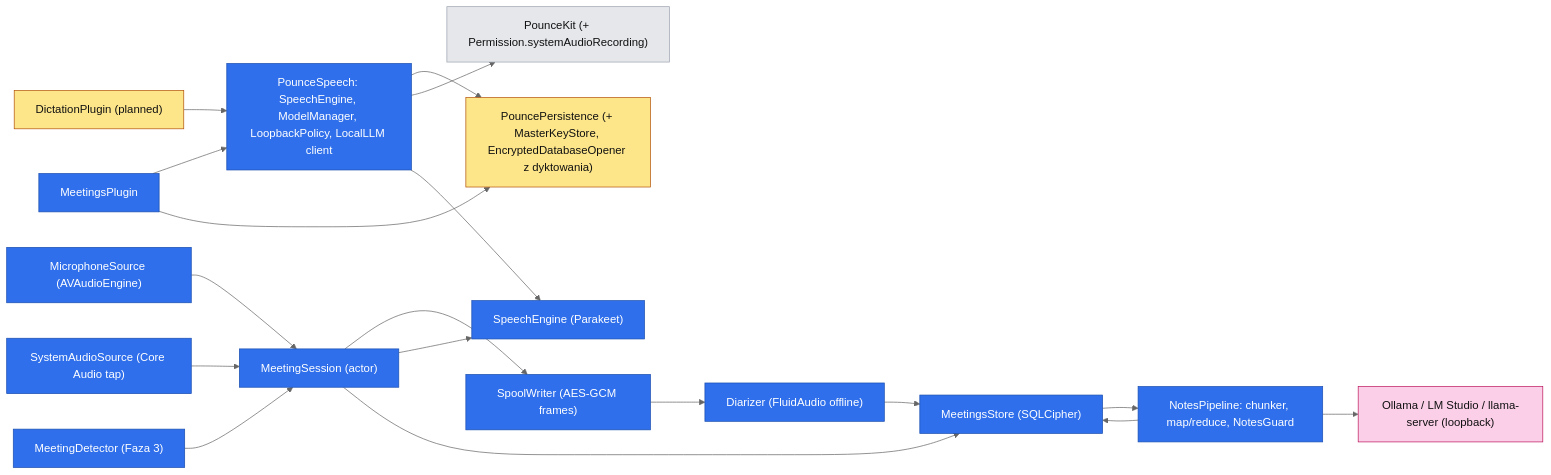
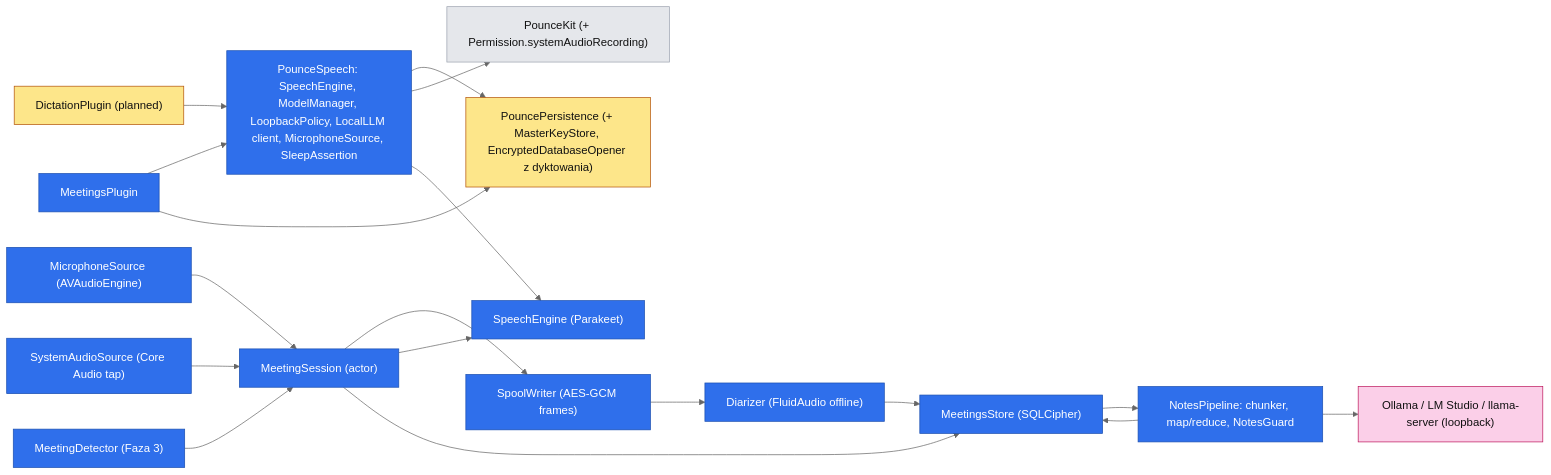
One commit to mjozefiak/Pounce changed the first of 2 diagrams in .ai/specs/2026-11-03-meeting-notes.md. Above: the diagram before and after it, drawn with Mermaid (neutral theme). The commit also changed other lines of this file and 1 other file, not shown here.

````diff
--- a/.ai/specs/2026-11-03-meeting-notes.md
+++ b/.ai/specs/2026-11-03-meeting-notes.md
@@ -71,40 +71,40 @@
 ```mermaid
 flowchart LR
     classDef existing fill:#e5e7eb,color:#111,stroke:#9ca3af
     classDef planned fill:#fde68a,color:#111,stroke:#b45309
     classDef new fill:#2f6feb,color:#fff,stroke:#1b4fb0
     classDef external fill:#fbcfe8,color:#111,stroke:#be185d
 
     kit["PounceKit (+ Permission.systemAudioRecording)"]:::existing
     pers["PouncePersistence (+ MasterKeyStore, EncryptedDatabaseOpener z dyktowania)"]:::planned
-    speech["PounceSpeech: SpeechEngine, ModelManager, LoopbackPolicy, LocalLLM client"]:::new
+    speech["PounceSpeech: SpeechEngine, ModelManager, LoopbackPolicy, LocalLLM client, MicrophoneSource, SleepAssertion"]:::new
     dict["DictationPlugin (planned)"]:::planned
     meet["MeetingsPlugin"]:::new
 
     mic["MicrophoneSource (AVAudioEngine)"]:::new
     sys["SystemAudioSource (Core Audio tap)"]:::new
     sess["MeetingSession (actor)"]:::new
     spool["SpoolWriter (AES-GCM frames)"]:::new
     asr["SpeechEngine (Parakeet)"]:::new
     diar["Diarizer (FluidAudio offline)"]:::new
     store["MeetingsStore (SQLCipher)"]:::new
     notes["NotesPipeline: chunker, map/reduce, NotesGuard"]:::new
     llm["Ollama / LM Studio / llama-server (loopback)"]:::external
     det["MeetingDetector (Faza 3)"]:::new
 
     meet --> speech
     dict --> speech
     speech --> pers
     speech --> kit
     meet --> pers
     mic --> sess
     sys --> sess
     sess --> spool
     sess --> asr
     sess --> store
     spool --> diar --> store
     store --> notes --> llm
     notes --> store
     det --> sess
     speech --> asr
 ```
````
